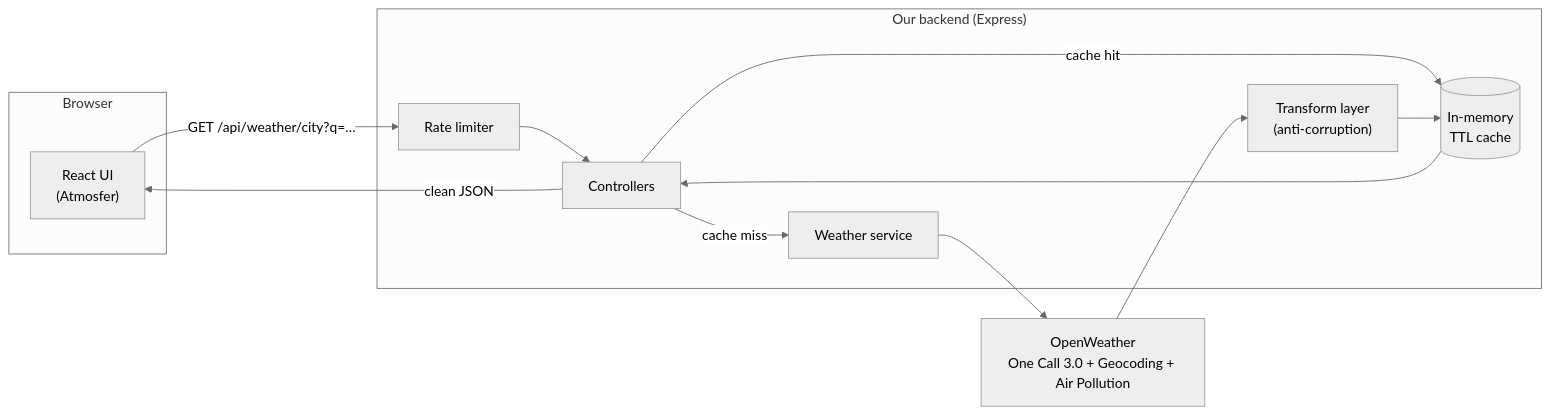
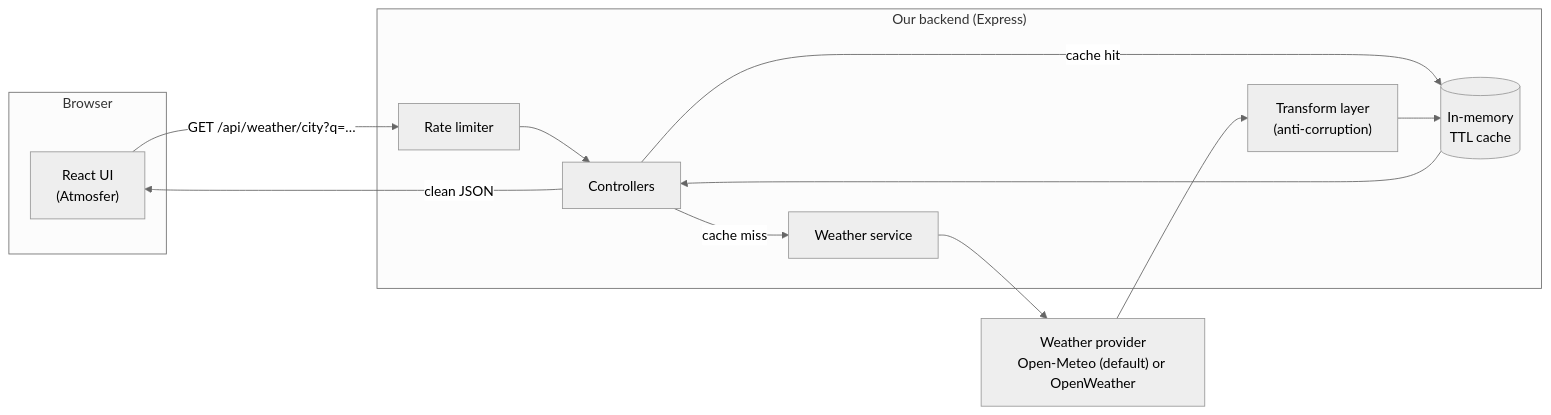
Before and after one commit to fadhiilhamizan/weather-dashboard: the diagram in README.md, drawn with Mermaid (neutral theme). The commit also changed other lines of this file and 28 other files, not shown here.

First line of the commit message:
feat: integrate Open-Meteo weather service

````diff
--- a/README.md
+++ b/README.md
@@ -63,19 +65,19 @@
 ```mermaid
 flowchart LR
     subgraph Browser
       UI["React UI<br/>(Atmosfer)"]
     end
     subgraph "Our backend (Express)"
       RL["Rate limiter"]
       C["Controllers"]
       CACHE[("In-memory<br/>TTL cache")]
       SVC["Weather service"]
       TF["Transform layer<br/>(anti-corruption)"]
     end
-    OW["OpenWeather<br/>One Call 3.0 + Geocoding + Air Pollution"]
+    OW["Weather provider<br/>Open-Meteo (default) or OpenWeather"]
 
     UI -- "GET /api/weather/city?q=…" --> RL --> C
     C -- "cache hit" --> CACHE
     C -- "cache miss" --> SVC --> OW
     OW --> TF --> CACHE --> C -- "clean JSON" --> UI
 ```
````
